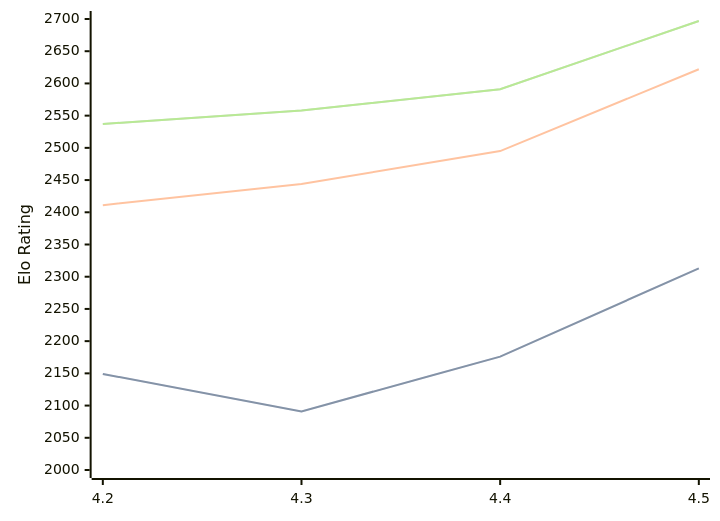
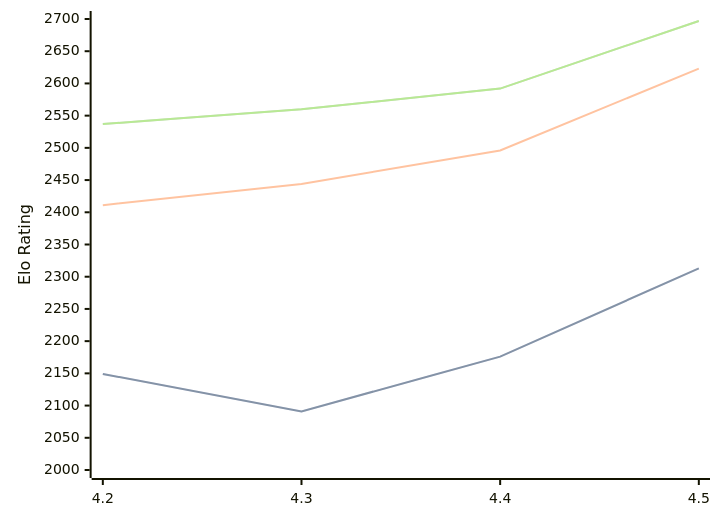
One commit to computer-chess-index/cci changed the diagram in engines/Eubos.md. Above: the diagram before and after it, drawn with Mermaid. The commit also changed other lines of this file, not shown here.

Commit message:
Update CCI Ratings (ELO VLTC) - 2026-07-31

````diff
--- a/engines/Eubos.md
+++ b/engines/Eubos.md
@@ -90,11 +90,11 @@
 ```mermaid
 %%{init: {"theme":"base","themeVariables":{"seriesColors:['#a3a3a3','#222221','#faa371']}}}%%
 xychart-beta
   x-axis ["4.2", "4.3", "4.4", "4.5"]
   y-axis "Elo Rating" 2000 --> 2700
   line "STC (8.0+0.08s)" [2149, 2091, 2176, 2313]
   line "STC (8.0+0.08s)" [2149, 2091, 2176, 2313]
-  line "LTC (60.0+0.60s)" [2411, 2444, 2495, 2622]
-  line "VLTC (2m24s+1.12s)" [2537, 2558, 2591, 2697]
-  line "VLTC (2m24s+1.12s)" [2537, 2558, 2591, 2697]
+  line "LTC (60.0+0.60s)" [2411, 2444, 2496, 2623]
+  line "VLTC (2m24s+1.12s)" [2537, 2560, 2592, 2697]
+  line "VLTC (2m24s+1.12s)" [2537, 2560, 2592, 2697]
 ```
````
